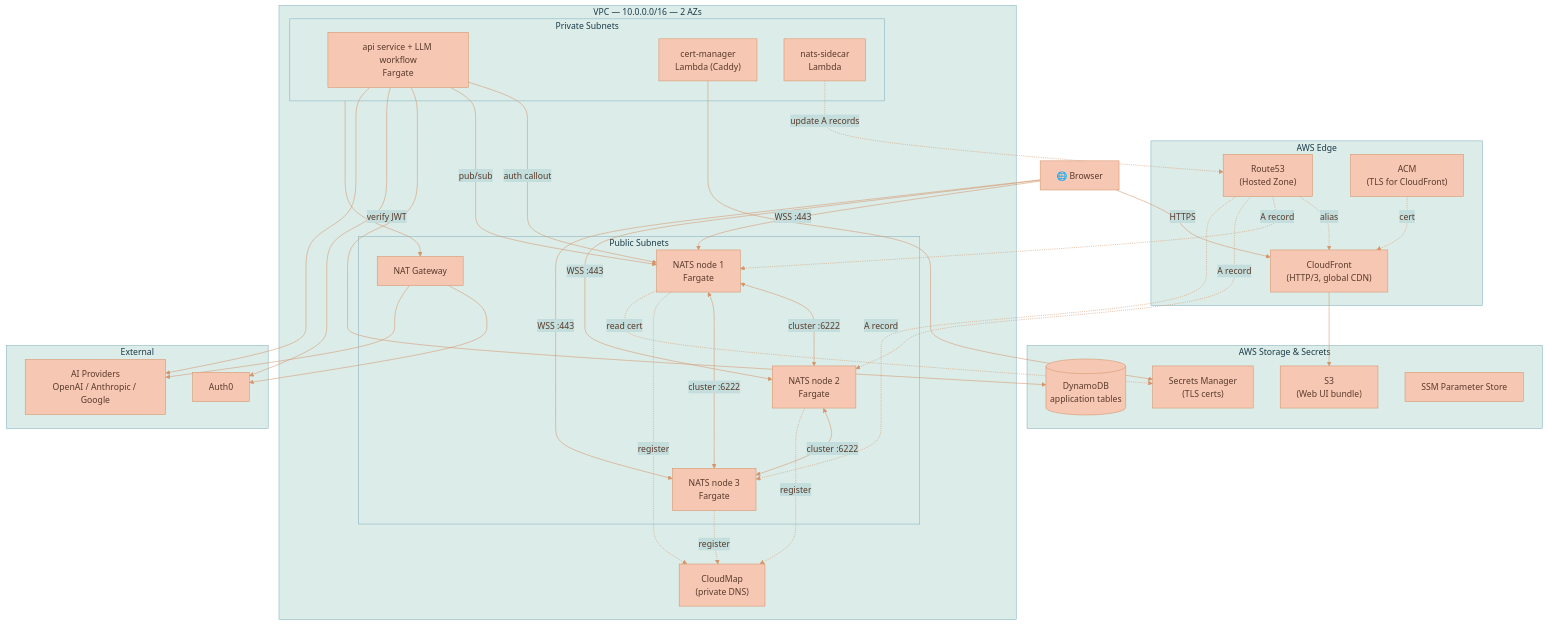
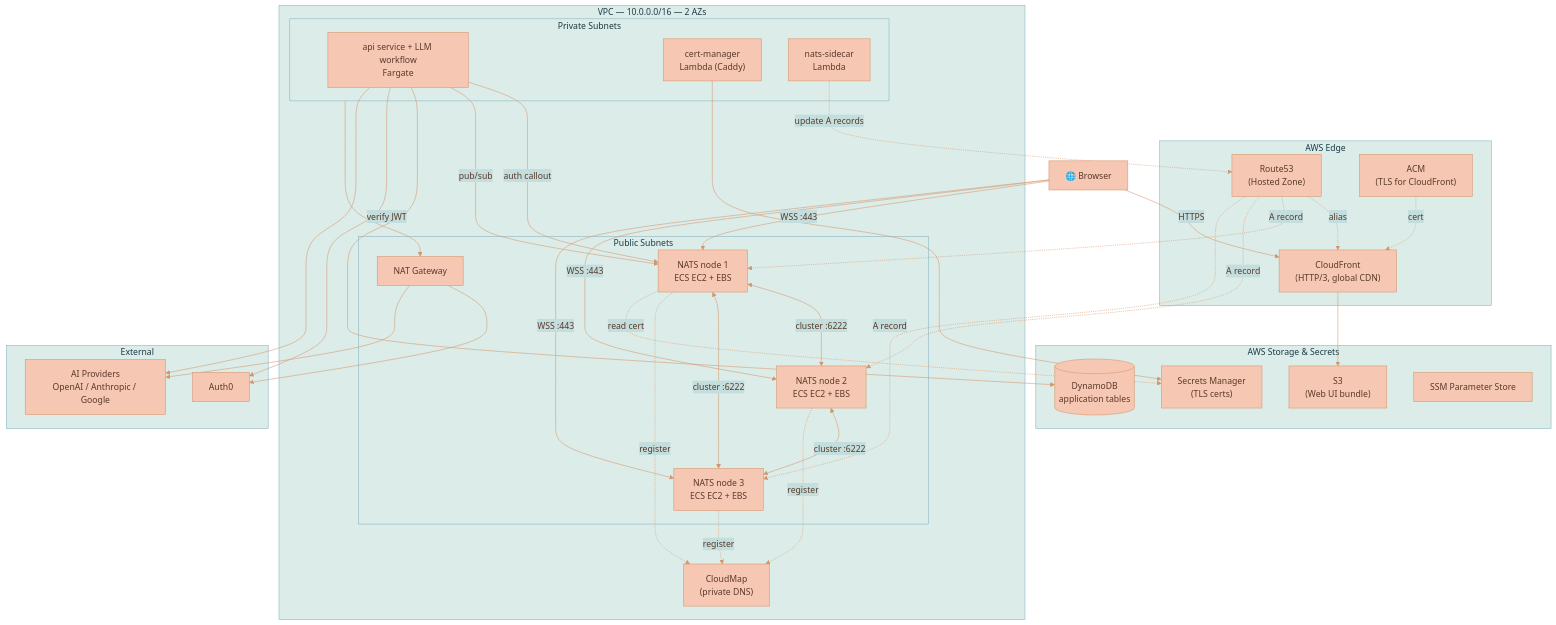
One commit to Lixpi/lixpi changed the first of 5 diagrams in documentation/platform/deployment/INFRASTRUCTURE-OVERVIEW.md. Above: the diagram before and after it, drawn with Mermaid. The commit also changed other lines of this file and 380 other files, not shown here.

````diff
--- a/documentation/platform/deployment/INFRASTRUCTURE-OVERVIEW.md
+++ b/documentation/platform/deployment/INFRASTRUCTURE-OVERVIEW.md
@@ -30,73 +30,73 @@
 ```mermaid
 %%{init: {'theme': 'base', 'themeVariables': { 'primaryColor': '#F6C7B3', 'primaryTextColor': '#5a3a2a', 'primaryBorderColor': '#d4956a', 'secondaryColor': '#C3DEDD', 'secondaryTextColor': '#1a3a47', 'secondaryBorderColor': '#4a8a9d', 'tertiaryColor': '#DCECE9', 'tertiaryTextColor': '#1a3a47', 'tertiaryBorderColor': '#82B2C0', 'lineColor': '#d4956a', 'textColor': '#5a3a2a'}}}%%
 flowchart TB
     Browser["🌐 Browser"]
 
     subgraph Edge["AWS Edge"]
         CF["CloudFront<br/>(HTTP/3, global CDN)"]
         R53["Route53<br/>(Hosted Zone)"]
         ACM["ACM<br/>(TLS for CloudFront)"]
     end
 
     subgraph VPC["VPC — 10.0.0.0/16 — 2 AZs"]
         subgraph Public["Public Subnets"]
-            NATS1["NATS node 1<br/>Fargate"]
-            NATS2["NATS node 2<br/>Fargate"]
-            NATS3["NATS node 3<br/>Fargate"]
+            NATS1["NATS node 1<br/>ECS EC2 + EBS"]
+            NATS2["NATS node 2<br/>ECS EC2 + EBS"]
+            NATS3["NATS node 3<br/>ECS EC2 + EBS"]
             NAT["NAT Gateway"]
         end
 
         subgraph Private["Private Subnets"]
             API["api service + LLM workflow<br/>Fargate"]
             CertLambda["cert-manager<br/>Lambda (Caddy)"]
             Sidecar["nats-sidecar<br/>Lambda"]
         end
 
         CM["CloudMap<br/>(private DNS)"]
     end
 
     subgraph Storage["AWS Storage & Secrets"]
         S3["S3<br/>(Web UI bundle)"]
         DDB[("DynamoDB<br/>application tables")]
         SM["Secrets Manager<br/>(TLS certs)"]
         SSM["SSM Parameter Store"]
     end
 
     subgraph External["External"]
         Auth0["Auth0"]
         AIProv["AI Providers<br/>OpenAI / Anthropic / Google"]
     end
 
     Browser -->|HTTPS| CF
     CF --> S3
     R53 -.->|alias| CF
     ACM -.->|cert| CF
 
     Browser -->|WSS :443| NATS1
     Browser -->|WSS :443| NATS2
     Browser -->|WSS :443| NATS3
     R53 -.->|A record| NATS1
     R53 -.->|A record| NATS2
     R53 -.->|A record| NATS3
 
     NATS1 <-->|cluster :6222| NATS2
     NATS2 <-->|cluster :6222| NATS3
     NATS1 <-->|cluster :6222| NATS3
     NATS1 -.->|register| CM
     NATS2 -.->|register| CM
     NATS3 -.->|register| CM
 
     API -->|auth callout| NATS1
     API -->|pub/sub| NATS1
     API --> DDB
     API -->|verify JWT| Auth0
     API --> AIProv
 
     CertLambda --> SM
     NATS1 -.->|read cert| SM
     Sidecar -.->|update A records| R53
 
     Private --> NAT
     NAT --> Auth0
     NAT --> AIProv
 ```
````
